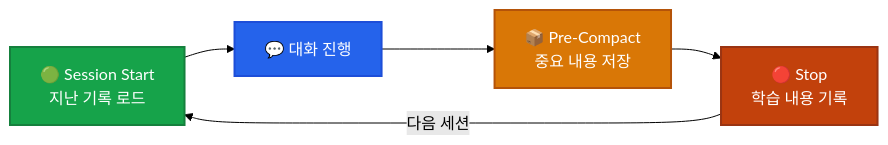
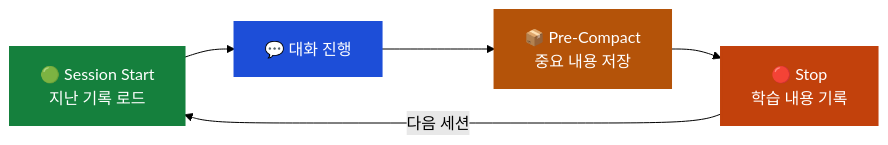
The second of 2 diagrams in content/youtube-update/afan-claude-code-masterguide.md (udawon/udawon-how-to-claude), drawn with Mermaid (forest theme) before and after one commit. The commit also changed other lines of this file and 23 other files, not shown here.

````diff
--- a/content/youtube-update/afan-claude-code-masterguide.md
+++ b/content/youtube-update/afan-claude-code-masterguide.md
@@ -243,11 +243,11 @@
 ```mermaid
 graph LR
     A["🟢 Session Start<br/>지난 기록 로드"] --> B["💬 대화 진행"]
     B --> C["📦 Pre-Compact<br/>중요 내용 저장"]
     C --> D["🔴 Stop<br/>학습 내용 기록"]
     D -->|"다음 세션"| A
-    style A fill:#16a34a,color:#fff,stroke:#15803d,stroke-width:2px
-    style B fill:#2563eb,color:#fff,stroke:#1d4ed8,stroke-width:2px
-    style C fill:#d97706,color:#fff,stroke:#b45309,stroke-width:2px
-    style D fill:#c2410c,color:#fff,stroke:#9a3412,stroke-width:2px
+    style A fill:#15803d,color:#fff,stroke:#15803d,stroke-width:2px
+    style B fill:#1d4ed8,color:#fff,stroke:#1d4ed8,stroke-width:2px
+    style C fill:#b45309,color:#fff,stroke:#b45309,stroke-width:2px
+    style D fill:#c2410c,color:#fff,stroke:#c2410c,stroke-width:2px
 ```
````
